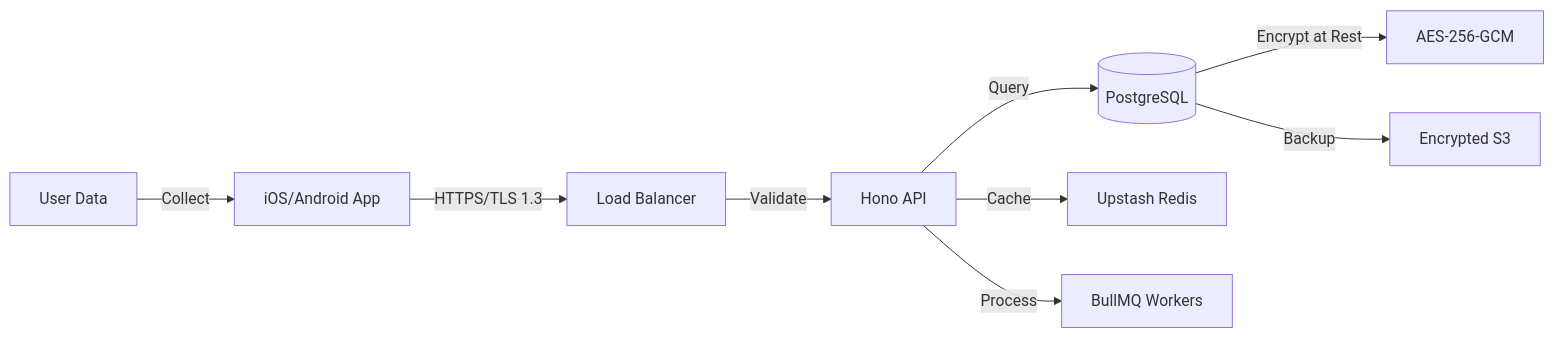
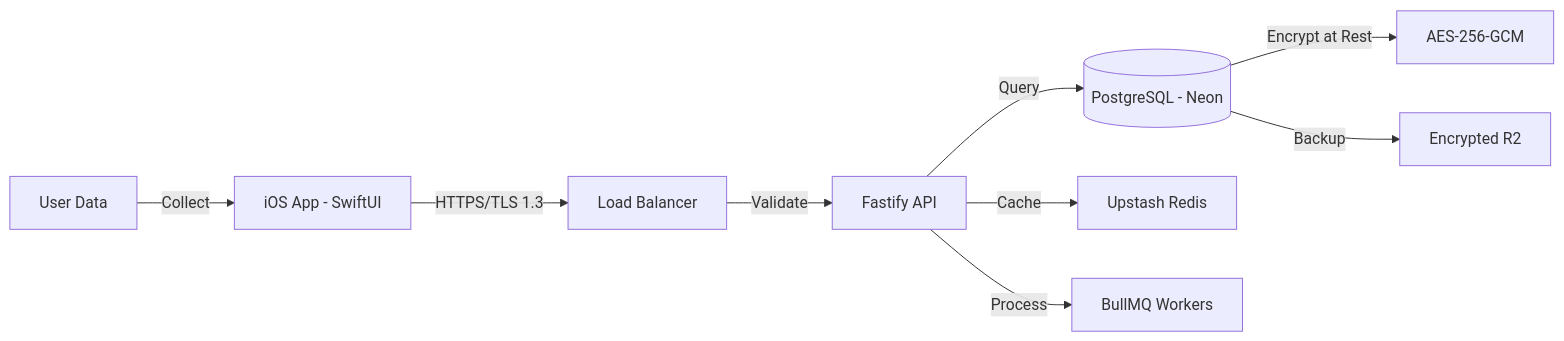
The diagram in specs/03-compliance/GDPR_IMPLEMENTATION.md (Sebdysart/HUSTLEXP-DOCS), drawn with Mermaid before and after one commit. The commit also changed other lines of this file and 1 other file, not shown here.

Commit message:
fix: GDPR doc — Hono→Fastify, S3→R2, iOS/Android→iOS; STORAGE_SPEC env vars aligned to backend config

````diff
--- a/specs/03-compliance/GDPR_IMPLEMENTATION.md
+++ b/specs/03-compliance/GDPR_IMPLEMENTATION.md
@@ -5,11 +5,11 @@
 ```mermaid
 flowchart LR
-    User[User Data] -->|Collect| App[iOS/Android App]
+    User[User Data] -->|Collect| App[iOS App - SwiftUI]
     App -->|HTTPS/TLS 1.3| LB[Load Balancer]
-    LB -->|Validate| API[Hono API]
-    API -->|Query| DB[(PostgreSQL)]
+    LB -->|Validate| API[Fastify API]
+    API -->|Query| DB[(PostgreSQL - Neon)]
     DB -->|Encrypt at Rest| AES[AES-256-GCM]
-    DB -->|Backup| S3[Encrypted S3]
+    DB -->|Backup| R2[Encrypted R2]
     API -->|Cache| Redis[Upstash Redis]
     API -->|Process| Workers[BullMQ Workers]
 ```
````
